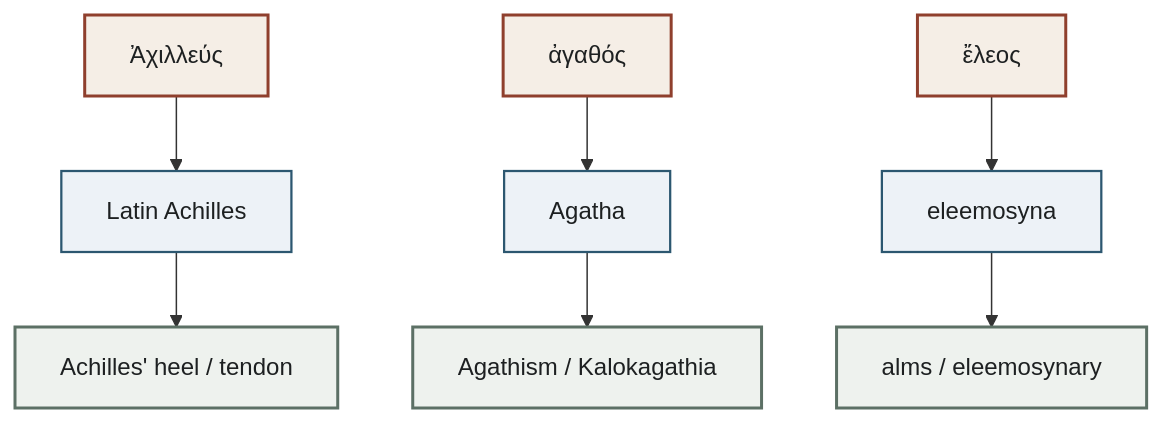
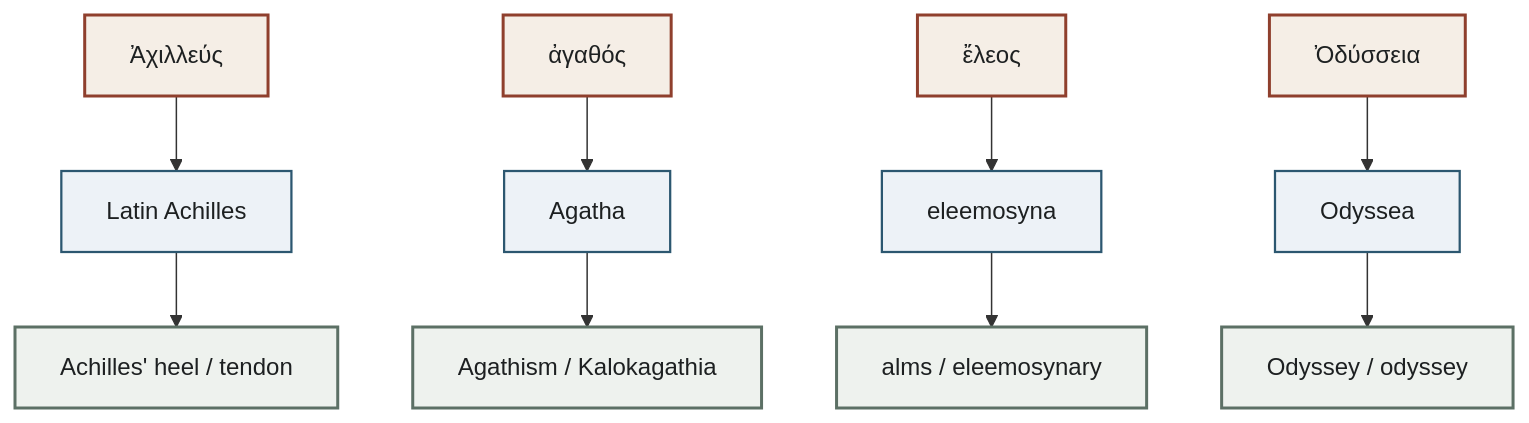
The diagram in words/index.md (YgHnSIM/Homer_wiki), drawn with Mermaid before and after one commit. The commit also changed other lines of this file and 2 other files, not shown here.

Commit message:
feat(words): Odyssey 어원·수용사 문서 작성

````diff
--- a/words/index.md
+++ b/words/index.md
@@ -19,10 +19,11 @@
 ```mermaid
 graph TB
     classDef greek fill:#f5eee6,stroke:#8f3f2d,stroke-width:2px,color:#1d2021;
     classDef latin fill:#edf2f7,stroke:#2c5770,stroke-width:1.5px,color:#1d2021;
     classDef english fill:#eef2ee,stroke:#5c7065,stroke-width:2px,color:#1d2021;
 
     G1["Ἀχιλλεύς"]:::greek --> L1["Latin Achilles"]:::latin --> E1["Achilles' heel / tendon"]:::english
     G2["ἀγαθός"]:::greek --> L2["Agatha"]:::latin --> E2["Agathism / Kalokagathia"]:::english
     G3["ἔλεος"]:::greek --> L3["eleemosyna"]:::latin --> E3["alms / eleemosynary"]:::english
+    G4["Ὀδύσσεια"]:::greek --> L4["Odyssea"]:::latin --> E4["Odyssey / odyssey"]:::english
 ```
````
